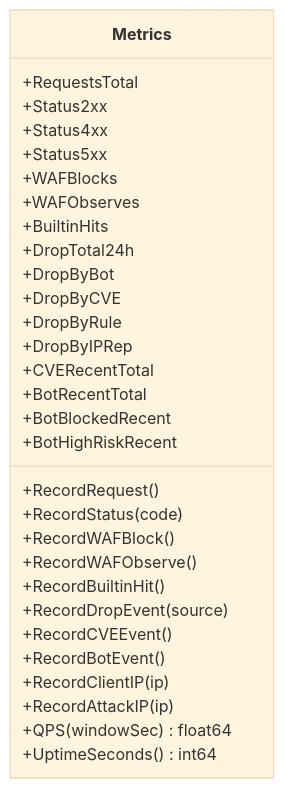
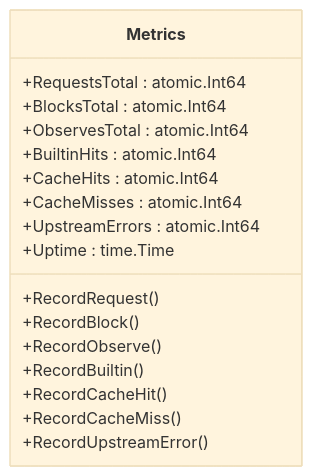
The seventh of 8 diagrams in docs/监控与可观测性/监控与可观测性.md (x01n/My-OpenWaf), drawn with Mermaid (base theme) before and after one commit. The commit also changed other lines of this file and 199 other files, not shown here.

````diff
--- a/docs/监控与可观测性/监控与可观测性.md
+++ b/docs/监控与可观测性/监控与可观测性.md
@@ -355,33 +261,20 @@
 ```mermaid
 classDiagram
 class Metrics {
-+RequestsTotal
-+Status2xx
-+Status4xx
-+Status5xx
-+WAFBlocks
-+WAFObserves
-+BuiltinHits
-+DropTotal24h
-+DropByBot
-+DropByCVE
-+DropByRule
-+DropByIPRep
-+CVERecentTotal
-+BotRecentTotal
-+BotBlockedRecent
-+BotHighRiskRecent
++RequestsTotal : atomic.Int64
++BlocksTotal : atomic.Int64
++ObservesTotal : atomic.Int64
++BuiltinHits : atomic.Int64
++CacheHits : atomic.Int64
++CacheMisses : atomic.Int64
++UpstreamErrors : atomic.Int64
++Uptime : time.Time
 +RecordRequest()
-+RecordStatus(code)
-+RecordWAFBlock()
-+RecordWAFObserve()
-+RecordBuiltinHit()
-+RecordDropEvent(source)
-+RecordCVEEvent()
-+RecordBotEvent()
-+RecordClientIP(ip)
-+RecordAttackIP(ip)
-+QPS(windowSec) float64
-+UptimeSeconds() int64
++RecordBlock()
++RecordObserve()
++RecordBuiltin()
++RecordCacheHit()
++RecordCacheMiss()
++RecordUpstreamError()
 }
 ```
````
